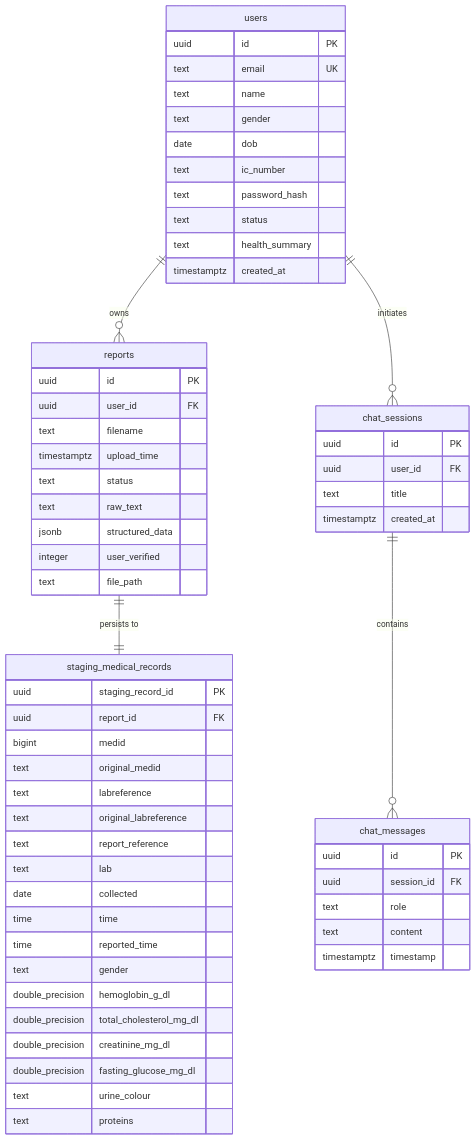
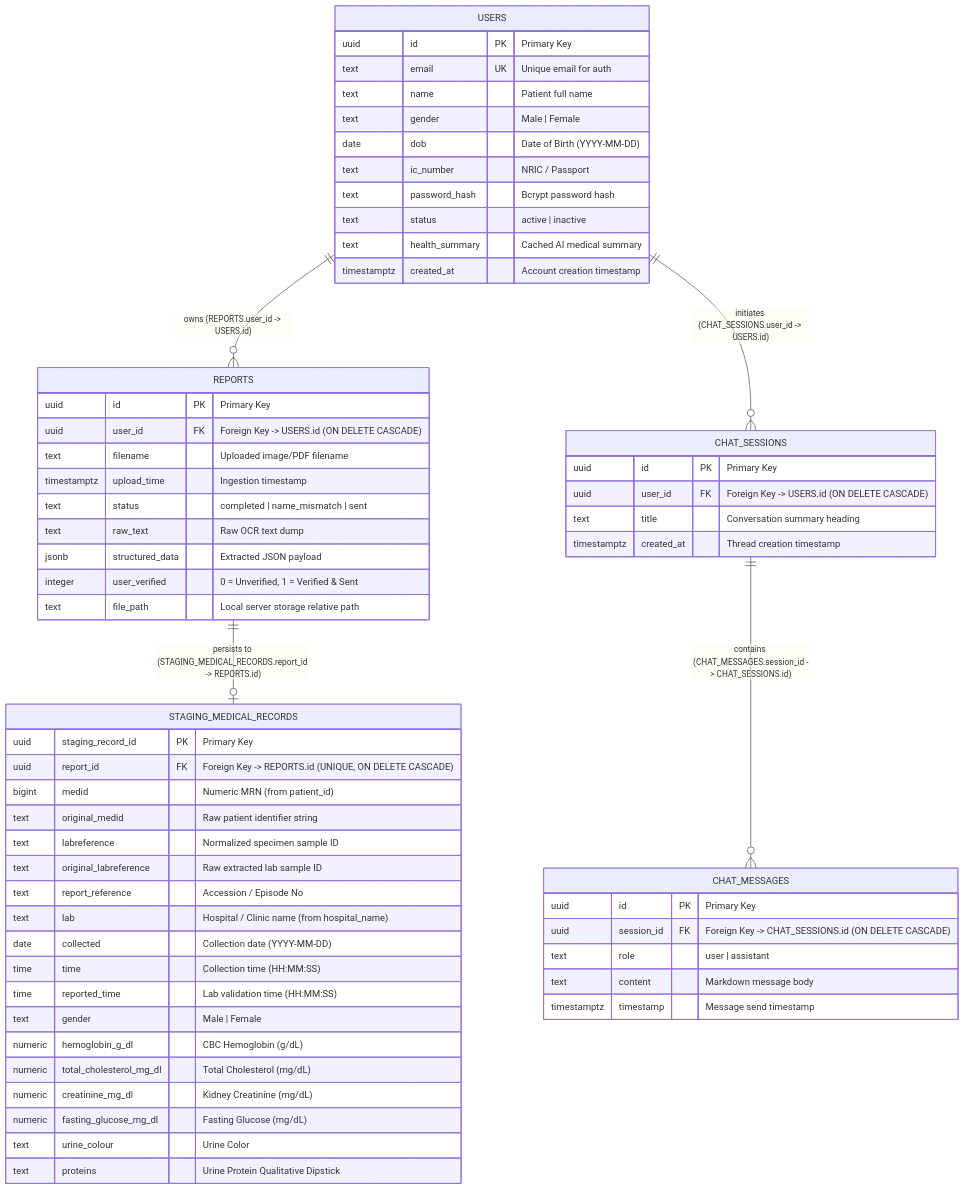
Before and after one commit to SooYM/OCR-II: the diagram in docs/database_schema.md, drawn with Mermaid. The commit also changed other lines of this file and 2 other files, not shown here.

Commit message:
fix(db): overhaul ER diagram, synchronize foreign keys, cascade constraints, and naming matrix

````diff
--- a/docs/database_schema.md
+++ b/docs/database_schema.md
@@ -14,68 +14,68 @@
 ```mermaid
 erDiagram
-    users ||--o{ reports : "owns"
-    users ||--o{ chat_sessions : "initiates"
-    chat_sessions ||--o{ chat_messages : "contains"
-    reports ||--|| staging_medical_records : "persists to"
+    USERS ||--o{ REPORTS : "owns (REPORTS.user_id -> USERS.id)"
+    USERS ||--o{ CHAT_SESSIONS : "initiates (CHAT_SESSIONS.user_id -> USERS.id)"
+    CHAT_SESSIONS ||--o{ CHAT_MESSAGES : "contains (CHAT_MESSAGES.session_id -> CHAT_SESSIONS.id)"
+    REPORTS ||--o| STAGING_MEDICAL_RECORDS : "persists to (STAGING_MEDICAL_RECORDS.report_id -> REPORTS.id)"
 
-    users {
-        uuid id PK
-        text email UK
-        text name
-        text gender
-        date dob
-        text ic_number
-        text password_hash
-        text status
-        text health_summary
-        timestamptz created_at
+    USERS {
+        uuid id PK "Primary Key"
+        text email UK "Unique email for auth"
+        text name "Patient full name"
+        text gender "Male | Female"
+        date dob "Date of Birth (YYYY-MM-DD)"
+        text ic_number "NRIC / Passport"
+        text password_hash "Bcrypt password hash"
+        text status "active | inactive"
+        text health_summary "Cached AI medical summary"
+        timestamptz created_at "Account creation timestamp"
     }
 
-    reports {
-        uuid id PK
-        uuid user_id FK
-        text filename
-        timestamptz upload_time
-        text status
-        text raw_text
-        jsonb structured_data
-        integer user_verified
-        text file_path
+    REPORTS {
+        uuid id PK "Primary Key"
+        uuid user_id FK "Foreign Key -> USERS.id (ON DELETE CASCADE)"
+        text filename "Uploaded image/PDF filename"
+        timestamptz upload_time "Ingestion timestamp"
+        text status "completed | name_mismatch | sent"
+        text raw_text "Raw OCR text dump"
+        jsonb structured_data "Extracted JSON payload"
+        integer user_verified "0 = Unverified, 1 = Verified & Sent"
+        text file_path "Local server storage relative path"
     }
 
-    staging_medical_records {
-        uuid staging_record_id PK
-        uuid report_id FK
-        bigint medid
-        text original_medid
-        text labreference
-        text original_labreference
-        text report_reference
-        text lab
-        date collected
-        time time
-        time reported_time
-        text gender
-        double_precision hemoglobin_g_dl
-        double_precision total_cholesterol_mg_dl
-        double_precision creatinine_mg_dl
-        double_precision fasting_glucose_mg_dl
-        text urine_colour
-        text proteins
+    STAGING_MEDICAL_RECORDS {
+        uuid staging_record_id PK "Primary Key"
+        uuid report_id FK "Foreign Key -> REPORTS.id (UNIQUE, ON DELETE CASCADE)"
+        bigint medid "Numeric MRN (from patient_id)"
+        text original_medid "Raw patient identifier string"
+        text labreference "Normalized specimen sample ID"
+        text original_labreference "Raw extracted lab sample ID"
+        text report_reference "Accession / Episode No"
+        text lab "Hospital / Clinic name (from hospital_name)"
+        date collected "Collection date (YYYY-MM-DD)"
+        time time "Collection time (HH:MM:SS)"
+        time reported_time "Lab validation time (HH:MM:SS)"
+        text gender "Male | Female"
+        numeric hemoglobin_g_dl "CBC Hemoglobin (g/dL)"
+        numeric total_cholesterol_mg_dl "Total Cholesterol (mg/dL)"
+        numeric creatinine_mg_dl "Kidney Creatinine (mg/dL)"
+        numeric fasting_glucose_mg_dl "Fasting Glucose (mg/dL)"
+        text urine_colour "Urine Color"
+        text proteins "Urine Protein Qualitative Dipstick"
     }
 
-    chat_sessions {
-        uuid id PK
-        uuid user_id FK
-        text title
-        timestamptz created_at
+    CHAT_SESSIONS {
+        uuid id PK "Primary Key"
+        uuid user_id FK "Foreign Key -> USERS.id (ON DELETE CASCADE)"
+        text title "Conversation summary heading"
+        timestamptz created_at "Thread creation timestamp"
     }
 
-    chat_messages {
-        uuid id PK
-        uuid session_id FK
-        text role
-        text content
-        timestamptz timestamp
+    CHAT_MESSAGES {
+        uuid id PK "Primary Key"
+        uuid session_id FK "Foreign Key -> CHAT_SESSIONS.id (ON DELETE CASCADE)"
+        text role "user | assistant"
+        text content "Markdown message body"
+        timestamptz timestamp "Message send timestamp"
     }
 ```
````
